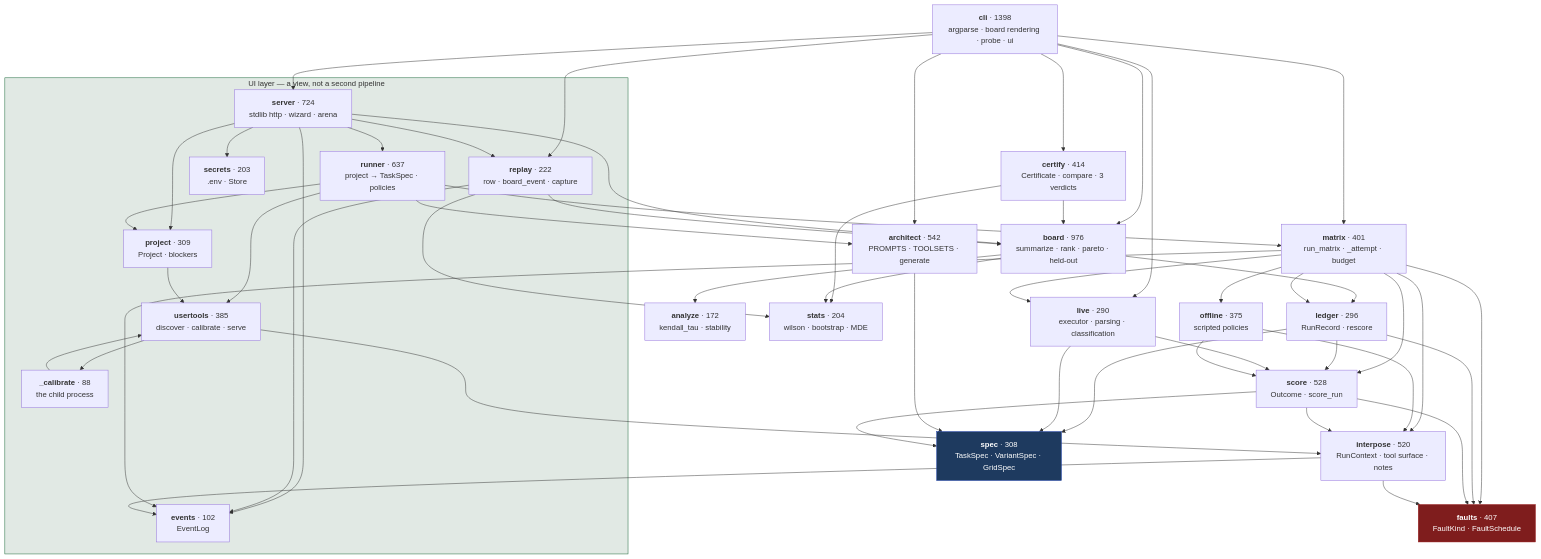
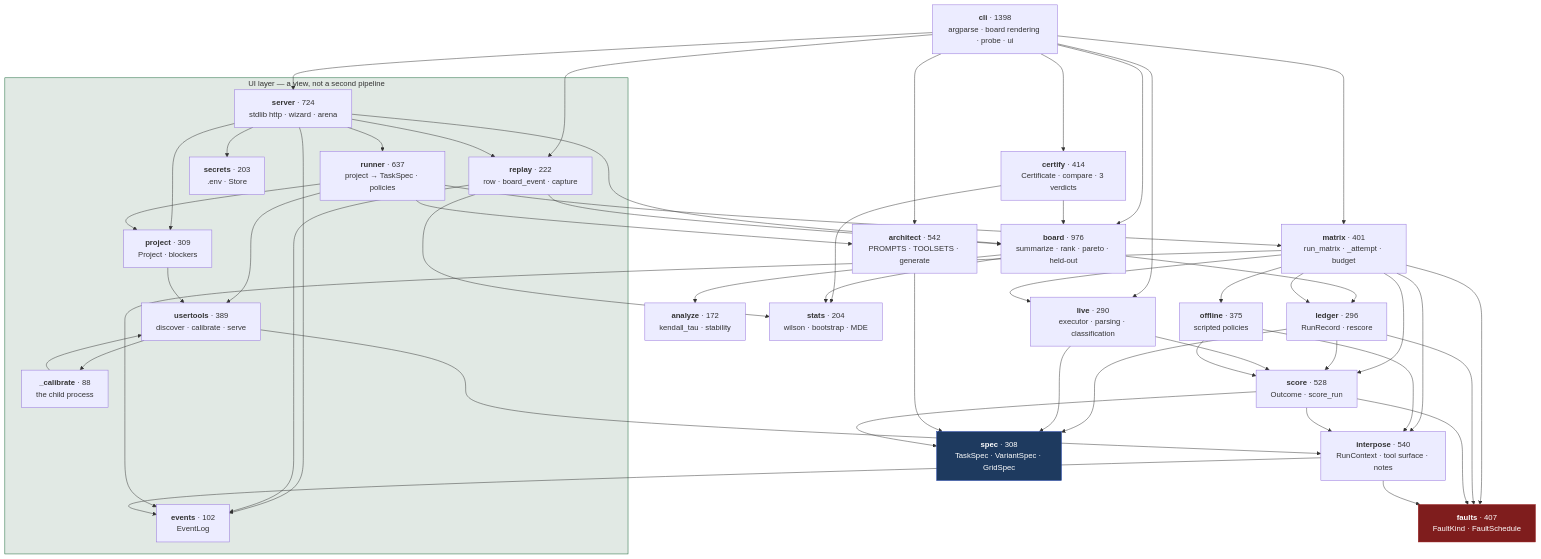
The first of 4 diagrams in docs/architecture/lld.md (Mehul-Gupta-SMH/agent-gauntlet), drawn with Mermaid before and after one commit. The commit also changed other lines of this file and 16 other files, not shown here.

````diff
--- a/docs/architecture/lld.md
+++ b/docs/architecture/lld.md
@@ -9,49 +9,49 @@
 ```mermaid
 flowchart TD
     subgraph ui["UI layer — a view, not a second pipeline"]
         SERVER["<b>server</b> · 724<br/>stdlib http · wizard · arena"]
         RUNNER["<b>runner</b> · 637<br/>project → TaskSpec · policies"]
-        USERT["<b>usertools</b> · 385<br/>discover · calibrate · serve"]
+        USERT["<b>usertools</b> · 389<br/>discover · calibrate · serve"]
         PROJECT["<b>project</b> · 309<br/>Project · blockers"]
         SECRETS["<b>secrets</b> · 203<br/>.env · Store"]
         CALIB["<b>_calibrate</b> · 88<br/>the child process"]
         EVENTS["<b>events</b> · 102<br/>EventLog"]
         REPLAY["<b>replay</b> · 222<br/>row · board_event · capture"]
     end
 
     CLI["<b>cli</b> · 1398<br/>argparse · board rendering · probe · ui"]
     BOARD["<b>board</b> · 976<br/>summarize · rank · pareto · held-out"]
     ARCH["<b>architect</b> · 542<br/>PROMPTS · TOOLSETS · generate"]
     SCORE["<b>score</b> · 528<br/>Outcome · score_run"]
-    INTER["<b>interpose</b> · 520<br/>RunContext · tool surface · notes"]
+    INTER["<b>interpose</b> · 540<br/>RunContext · tool surface · notes"]
     OFFLINE["<b>offline</b> · 375<br/>scripted policies"]
     MATRIX["<b>matrix</b> · 401<br/>run_matrix · _attempt · budget"]
     FAULTS["<b>faults</b> · 407<br/>FaultKind · FaultSchedule"]
     SPEC["<b>spec</b> · 308<br/>TaskSpec · VariantSpec · GridSpec"]
     LIVE["<b>live</b> · 290<br/>executor · parsing · classification"]
     LEDGER["<b>ledger</b> · 296<br/>RunRecord · rescore"]
     ANALYZE["<b>analyze</b> · 172<br/>kendall_tau · stability"]
     CERT["<b>certify</b> · 414<br/>Certificate · compare · 3 verdicts"]
     STATS["<b>stats</b> · 204<br/>wilson · bootstrap · MDE"]
 
     CLI --> BOARD & MATRIX & ARCH & LIVE & SERVER & CERT & REPLAY
     CERT --> BOARD & STATS
     SERVER --> PROJECT & RUNNER & SECRETS & EVENTS & BOARD & REPLAY
     REPLAY --> BOARD & EVENTS & STATS
     RUNNER --> MATRIX & USERT & PROJECT & ARCH
     PROJECT --> USERT
     USERT --> INTER & CALIB
     CALIB --> USERT
     BOARD --> LEDGER & ANALYZE & STATS
     MATRIX --> LEDGER & SCORE & LIVE & OFFLINE & INTER & FAULTS & EVENTS
     LEDGER --> SCORE & FAULTS & SPEC
     LIVE --> SCORE & SPEC
     OFFLINE --> INTER & SCORE
     ARCH --> SPEC
     SCORE --> INTER & FAULTS & SPEC
     INTER --> FAULTS & EVENTS
 
     style SPEC fill:#1e3a5f,stroke:#1e40af,color:#fff
     style FAULTS fill:#7f1d1d,stroke:#991b1b,color:#fff
     style ui fill:#14532d20,stroke:#166534
 ```
````
